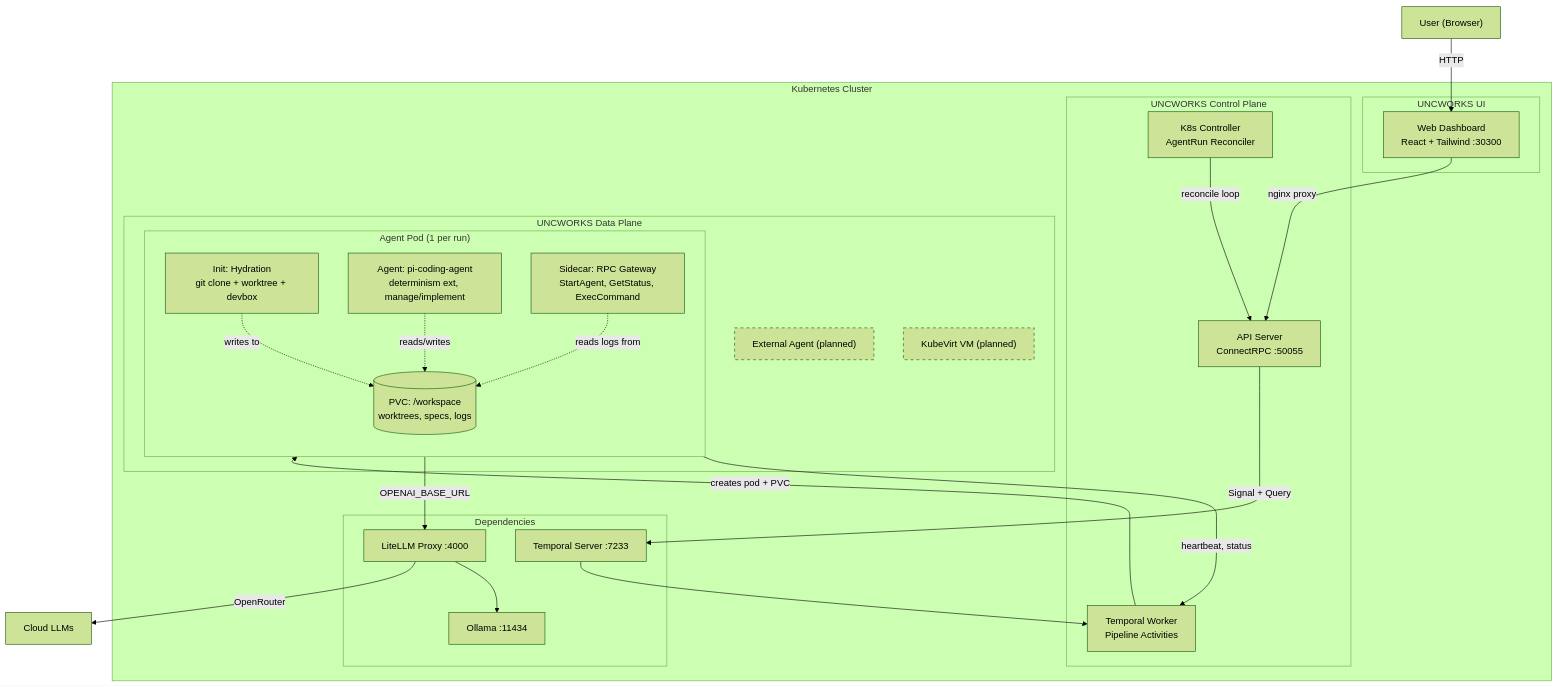
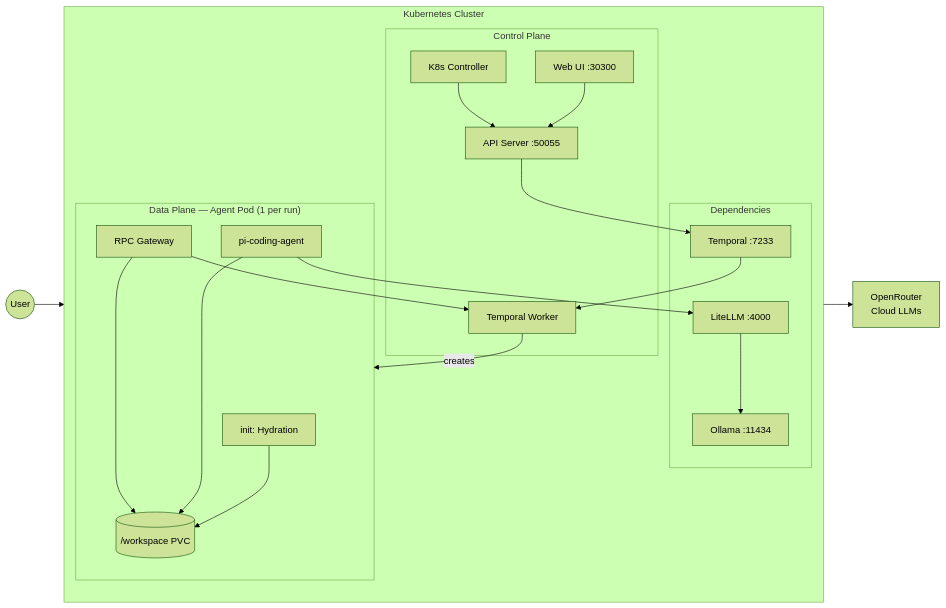
Before and after one commit to ross-corp/uncworks: the first of 2 diagrams in README.md, drawn with Mermaid (forest theme). The commit also changed other lines of this file, not shown here.

Commit message:
fix: clean architecture diagram — remove planned items, fix layout, add OpenRouter outside cluster

````diff
--- a/README.md
+++ b/README.md
@@ -40,52 +40,43 @@
 ```mermaid
-graph TB
-    User["User (Browser)"]
+graph LR
+    User(("User"))
+    Cloud["OpenRouter<br/>Cloud LLMs"]
 
     subgraph K8s["Kubernetes Cluster"]
+        direction TB
 
-        subgraph UI["UNCWORKS UI"]
-            Web["Web Dashboard<br/>React + Tailwind :30300"]
-        end
-
-        subgraph CP["UNCWORKS Control Plane"]
-            API["API Server<br/>ConnectRPC :50055"]
-            Ctrl["K8s Controller<br/>AgentRun Reconciler"]
-            TW["Temporal Worker<br/>Pipeline Activities"]
-        end
-
-        subgraph DP["UNCWORKS Data Plane"]
-            subgraph AgentPod["Agent Pod (1 per run)"]
-                direction TB
-                Init["Init: Hydration<br/>git clone + worktree + devbox"]
-                Sidecar["Sidecar: RPC Gateway<br/>StartAgent, GetStatus, ExecCommand"]
-                Pi["Agent: pi-coding-agent<br/>determinism ext, manage/implement"]
-                PVC[("PVC: /workspace<br/>worktrees, specs, logs")]
-            end
-            ExtAgent["External Agent (planned)"]
-            KubeVirtVM["KubeVirt VM (planned)"]
+        subgraph CP["Control Plane"]
+            Web["Web UI :30300"]
+            API["API Server :50055"]
+            Ctrl["K8s Controller"]
+            TW["Temporal Worker"]
         end
 
         subgraph Deps["Dependencies"]
-            Temporal["Temporal Server :7233"]
-            LiteLLM["LiteLLM Proxy :4000"]
+            Temporal["Temporal :7233"]
+            LiteLLM["LiteLLM :4000"]
             Ollama["Ollama :11434"]
+        end
+
+        subgraph DP["Data Plane — Agent Pod (1 per run)"]
+            Init["init: Hydration"]
+            Pi["pi-coding-agent"]
+            Sidecar["RPC Gateway"]
+            PVC[("/workspace PVC")]
         end
     end
 
-    User -->|HTTP| Web
-    Web -->|nginx proxy| API
-    API -->|"Signal + Query"| Temporal
+    User --> Web
+    Web --> API
+    API --> Temporal
     Temporal --> TW
-    Ctrl -->|"reconcile loop"| API
-    TW -->|creates pod + PVC| AgentPod
-    Sidecar -->|heartbeat, status| TW
-    Pi -->|"OPENAI_BASE_URL"| LiteLLM
+    Ctrl --> API
+    TW -->|creates| DP
+    Sidecar --> TW
+    Pi --> LiteLLM
     LiteLLM --> Ollama
-    LiteLLM -->|OpenRouter| Cloud["Cloud LLMs"]
-    Init -.->|"writes to"| PVC
-    Pi -.->|"reads/writes"| PVC
-    Sidecar -.->|"reads logs from"| PVC
-
-    style ExtAgent stroke-dasharray: 5 5
-    style KubeVirtVM stroke-dasharray: 5 5
+    LiteLLM --> Cloud
+    Init --> PVC
+    Pi --> PVC
+    Sidecar --> PVC
 ```
````
